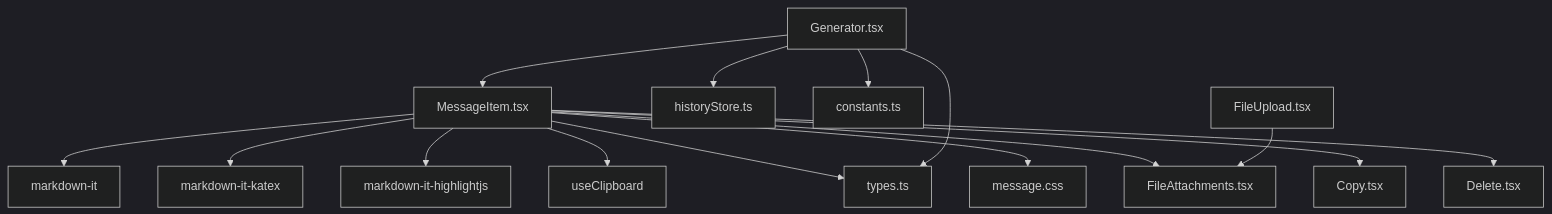
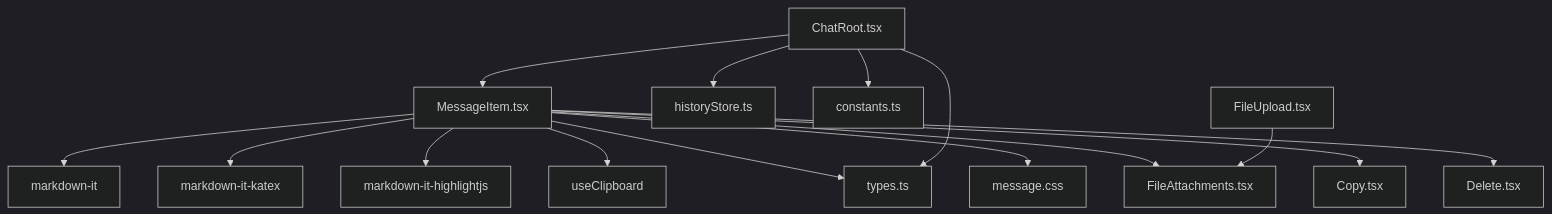
One commit to zfyime/chat-mini changed the tenth of 10 diagrams in .qoder/repowiki/zh/content/组件架构/MessageItem组件.md. Above: the diagram before and after it, drawn with Mermaid (dark theme). The commit also changed other lines of this file and 52 other files, not shown here.

````diff
--- a/.qoder/repowiki/zh/content/组件架构/MessageItem组件.md
+++ b/.qoder/repowiki/zh/content/组件架构/MessageItem组件.md
@@ -353,17 +353,17 @@
 ```mermaid
 graph TD
 MessageItem[MessageItem.tsx] --> MarkdownIt[markdown-it]
 MessageItem --> mdKatex[markdown-it-katex]
 MessageItem --> mdHighlight[markdown-it-highlightjs]
 MessageItem --> solidjs-use[useClipboard]
 MessageItem --> types[types.ts]
 MessageItem --> messageCSS[message.css]
 MessageItem --> FileAttachments[FileAttachments.tsx]
 MessageItem --> Copy[Copy.tsx]
 MessageItem --> Delete[Delete.tsx]
-Generator[Generator.tsx] --> MessageItem
+Generator[ChatRoot.tsx] --> MessageItem
 Generator --> types
 Generator --> historyStore[historyStore.ts]
 Generator --> constants[constants.ts]
 FileUpload[FileUpload.tsx] --> FileAttachments
 ```
````
